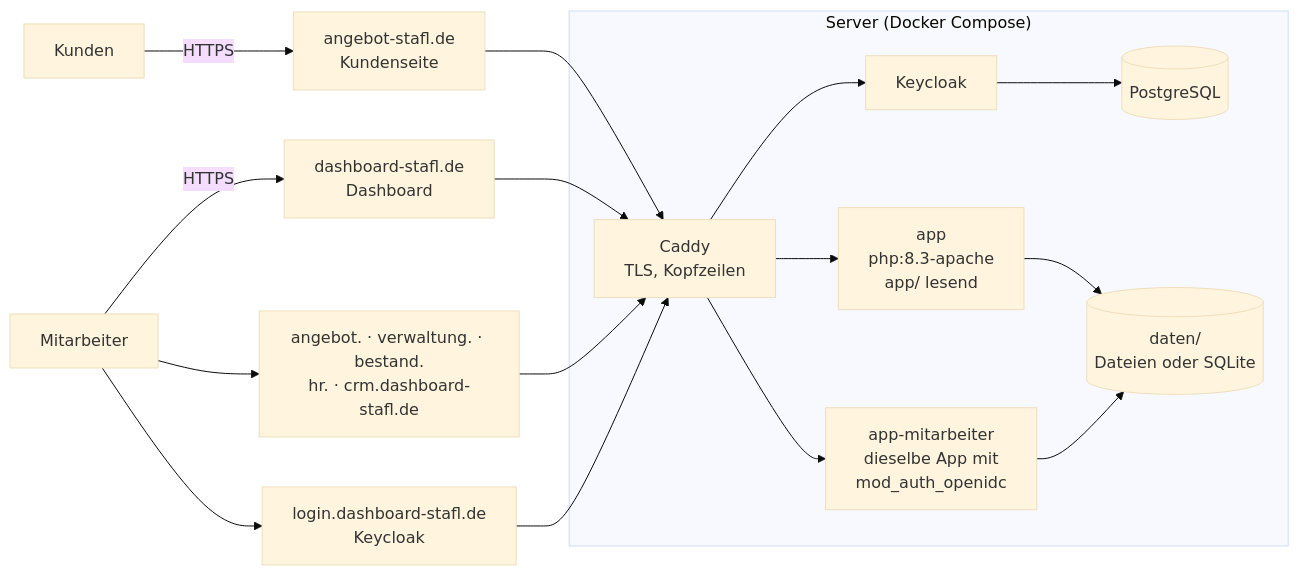
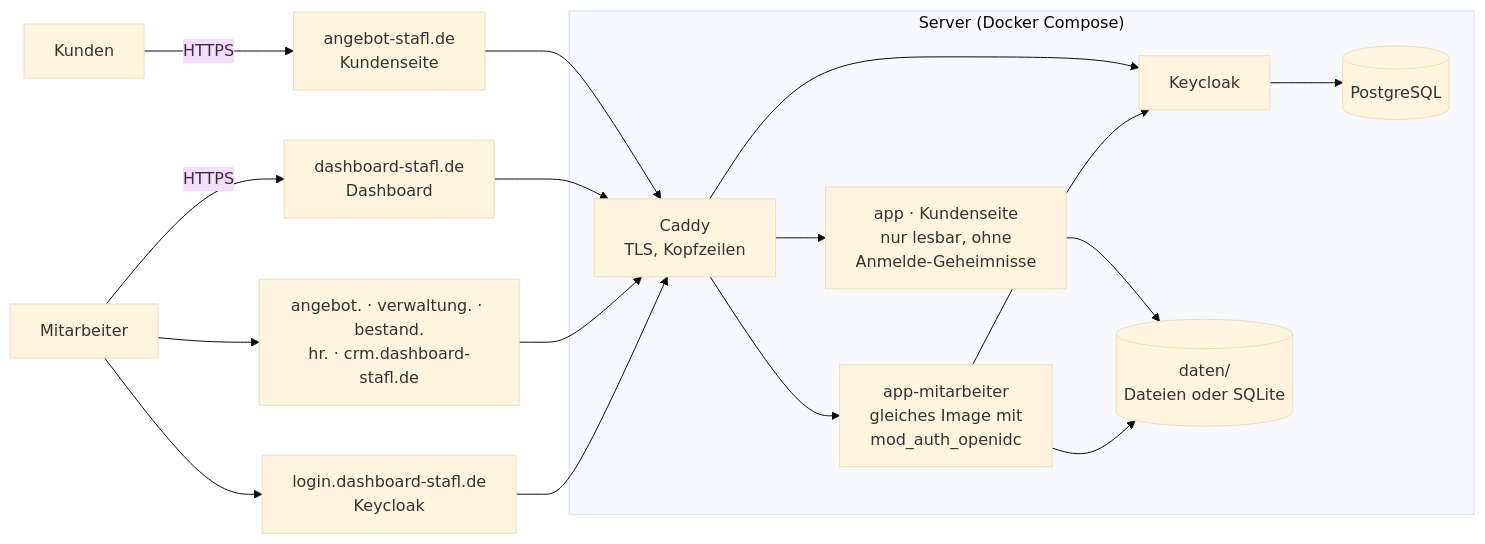
The first of 2 diagrams in docs/entwickler/02-architektur.md (STAFLGUST/Wochenangebot), drawn with Mermaid (base theme) before and after one commit. The commit also changed other lines of this file and 24 other files, not shown here.

````diff
--- a/docs/entwickler/02-architektur.md
+++ b/docs/entwickler/02-architektur.md
@@ -17,18 +17,19 @@
 ```mermaid
 flowchart LR
   K[Kunden] -->|HTTPS| C1["angebot-stafl.de<br/>Kundenseite"]
   M[Mitarbeiter] -->|HTTPS| D["dashboard-stafl.de<br/>Dashboard"]
   M --> H["angebot. · verwaltung. · bestand.<br/>hr. · crm.dashboard-stafl.de"]
   M --> L["login.dashboard-stafl.de<br/>Keycloak"]
   subgraph VPS["Server (Docker Compose)"]
-    CA[Caddy<br/>TLS, Kopfzeilen] --> APP["app<br/>php:8.3-apache<br/>app/ lesend"]
-    CA --> APPM["app-mitarbeiter<br/>dieselbe App mit<br/>mod_auth_openidc"]
+    CA[Caddy<br/>TLS, Kopfzeilen] --> APP["app · Kundenseite<br/>nur lesbar, ohne<br/>Anmelde-Geheimnisse"]
+    CA --> APPM["app-mitarbeiter<br/>gleiches Image mit<br/>mod_auth_openidc"]
     CA --> KC[Keycloak] --> PG[(PostgreSQL)]
+    APPM --> KC
     APP --> DATA[("daten/<br/>Dateien oder SQLite")]
     APPM --> DATA
   end
   C1 --> CA
   D --> CA
   H --> CA
   L --> CA
 ```
````
